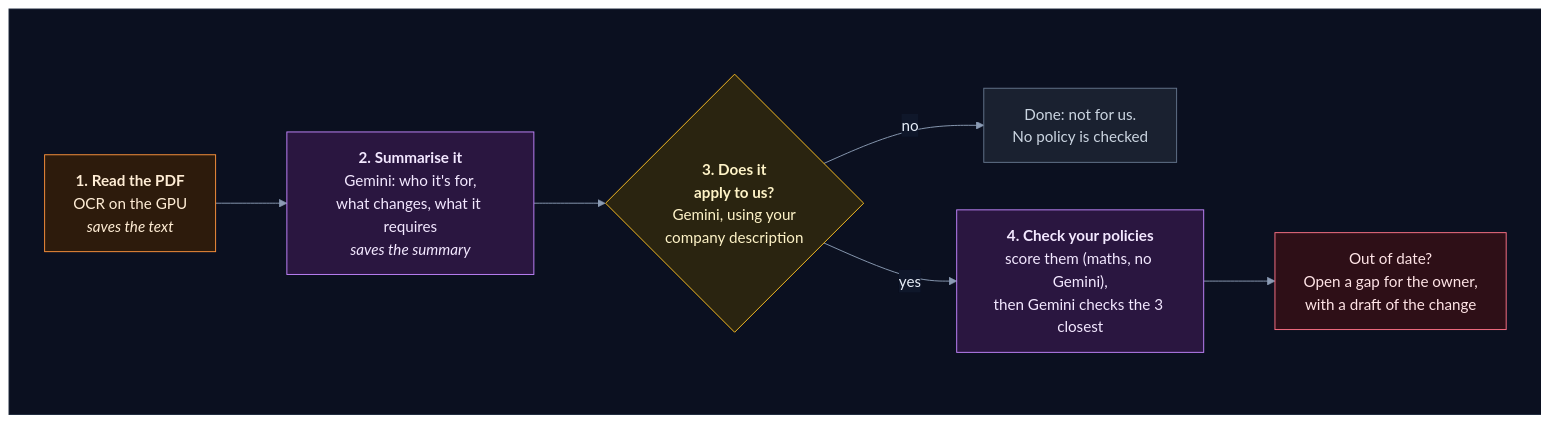
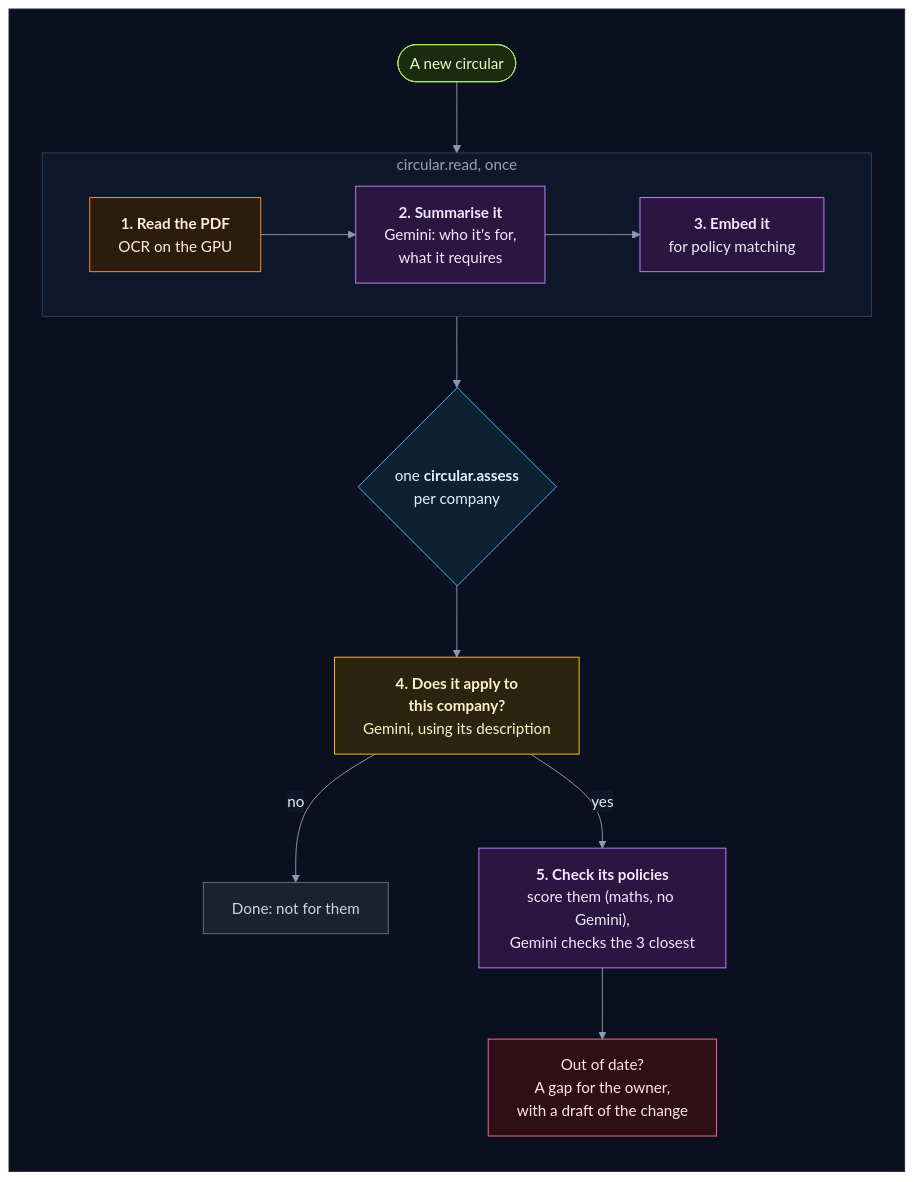
One commit to selvakumarperumal/Regulatory_Circular_Impact_Agent changed the fourth of 22 diagrams in how_it_works.md. Above: the diagram before and after it, drawn with Mermaid. The commit also changed other lines of this file and 8 other files, not shown here.

Commit message:
Document the task queue and multi-company design

````diff
--- a/how_it_works.md
+++ b/how_it_works.md
@@ -250,28 +254,37 @@
 ```mermaid
 %%{init: {"theme": "base", "flowchart": {"diagramPadding": 0}, "themeVariables": {"darkMode": true, "primaryColor": "#16213a", "primaryTextColor": "#e6edf7", "primaryBorderColor": "#475a7a", "lineColor": "#8b9bb4", "secondaryColor": "#1b2436", "tertiaryColor": "#101a2e", "edgeLabelBackground": "#0f172a", "textColor": "#e2e8f0", "clusterBkg": "#0f1728", "clusterBorder": "#2b3a55", "titleColor": "#c4b5fd", "nodeTextColor": "#e6edf7"}}}%%
-flowchart LR
+flowchart TD
     subgraph canvas[" "]
-        direction LR
-        s1["<b>1. Read the PDF</b><br/>OCR on the GPU<br/><i>saves the text</i>"] --> s2["<b>2. Summarise it</b><br/>Gemini: who it's for,<br/>what changes, what it requires<br/><i>saves the summary</i>"]
-        s2 --> s3{"<b>3. Does it<br/>apply to us?</b><br/>Gemini, using your<br/>company description"}
-        s3 -->|no| notus["Done: not for us.<br/>No policy is checked"]
-        s3 -->|yes| s4["<b>4. Check your policies</b><br/>score them (maths, no Gemini),<br/>then Gemini checks the 3 closest"]
-        s4 --> s5["Out of date?<br/>Open a gap for the owner,<br/>with a draft of the change"]
+        direction TB
+        new(["A new circular"]) --> read
+        subgraph read["circular.read, once"]
+            direction LR
+            s1["<b>1. Read the PDF</b><br/>OCR on the GPU"] --> s2["<b>2. Summarise it</b><br/>Gemini: who it's for,<br/>what it requires"]
+            s2 --> s3["<b>3. Embed it</b><br/>for policy matching"]
+        end
+        read --> fan{"one <b>circular.assess</b><br/>per company"}
+        fan --> q["<b>4. Does it apply to<br/>this company?</b><br/>Gemini, using its description"]
+        q -->|no| notus["Done: not for them"]
+        q -->|yes| s4["<b>5. Check its policies</b><br/>score them (maths, no Gemini),<br/>Gemini checks the 3 closest"]
+        s4 --> s5["Out of date?<br/>A gap for the owner,<br/>with a draft of the change"]
     end
-
     classDef svc fill:#0e2a2c,stroke:#2dd4bf,color:#ccfbf1
     classDef data fill:#1c1a47,stroke:#818cf8,color:#e0e7ff
     classDef ext fill:#2a1640,stroke:#c084fc,color:#f3e8ff
     classDef gpu fill:#2d1b0c,stroke:#fb923c,color:#ffedd5
     classDef ask fill:#2a2410,stroke:#fbbf24,color:#fef3c7
     classDef ok fill:#0b2a1c,stroke:#34d399,color:#d1fae5
     classDef bad fill:#2e0f17,stroke:#fb7185,color:#ffe4e6
     classDef start fill:#1c2a0e,stroke:#a7ef6f,color:#ecfccb
     classDef muted fill:#1a2130,stroke:#64748b,color:#cbd5e1
+    classDef queue fill:#0c2231,stroke:#38bdf8,color:#e0f2fe
+    class new start
     class s1 gpu
-    class s2,s4 ext
-    class s3 ask
+    class s2,s3,s4 ext
+    class fan queue
+    class q ask
     class notus muted
     class s5 bad
+    style read fill:#0f172a,stroke:#334155,color:#94a3b8
     style canvas fill:#0b1020,stroke:#1e293b,color:#0b1020
 ```
````
